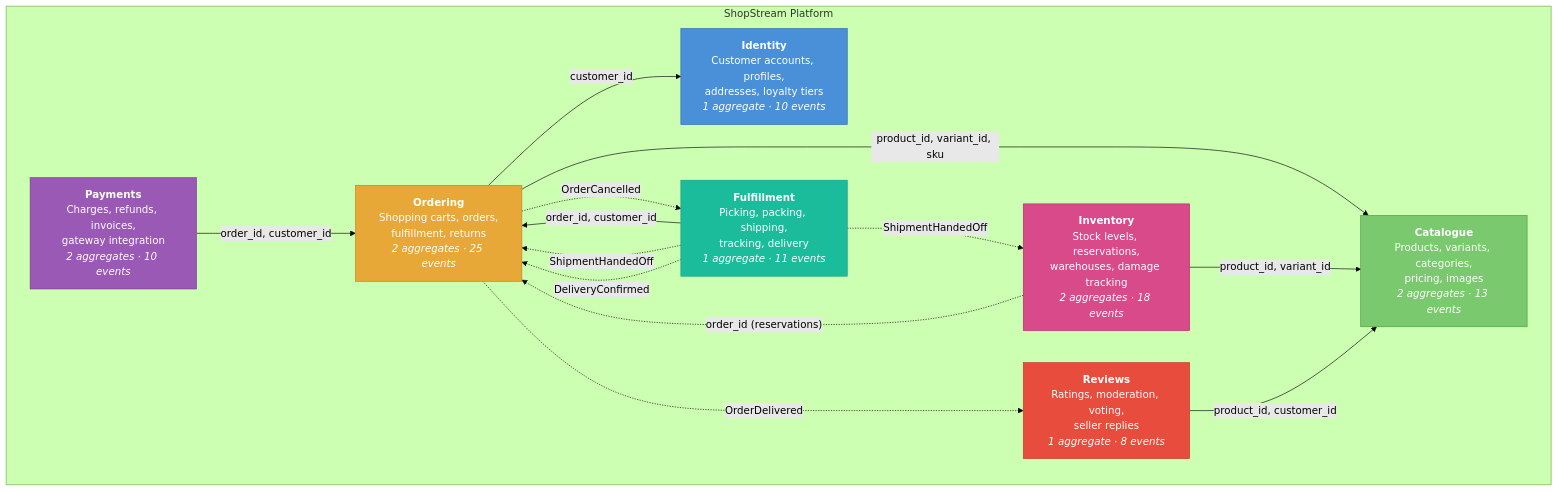
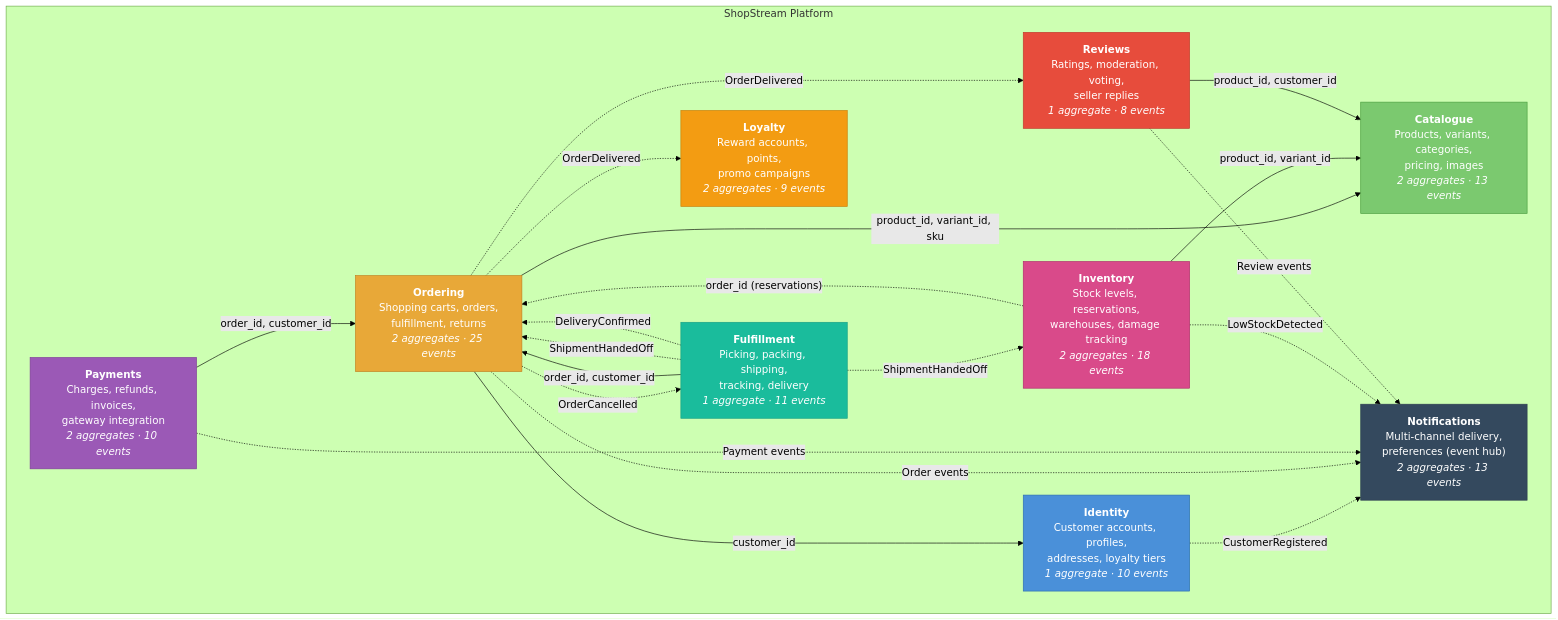
The diagram in docs/context-map.md (proteanhq/shopstream), drawn with Mermaid (forest theme) before and after one commit. The commit also changed other lines of this file and 13 other files, not shown here.

First line of the commit message:
docs: loyalty domain documentation (full parity) + notifications fold-in (#11)

````diff
--- a/docs/context-map.md
+++ b/docs/context-map.md
@@ -34,33 +40,43 @@
 ```mermaid
 graph TB
     subgraph ShopStream["ShopStream Platform"]
         identity["<b>Identity</b><br/>Customer accounts, profiles,<br/>addresses, loyalty tiers<br/><i>1 aggregate &middot; 10 events</i>"]
         catalogue["<b>Catalogue</b><br/>Products, variants, categories,<br/>pricing, images<br/><i>2 aggregates &middot; 13 events</i>"]
         ordering["<b>Ordering</b><br/>Shopping carts, orders,<br/>fulfillment, returns<br/><i>2 aggregates &middot; 25 events</i>"]
         inventory["<b>Inventory</b><br/>Stock levels, reservations,<br/>warehouses, damage tracking<br/><i>2 aggregates &middot; 18 events</i>"]
         payments["<b>Payments</b><br/>Charges, refunds, invoices,<br/>gateway integration<br/><i>2 aggregates &middot; 10 events</i>"]
         fulfillment_ctx["<b>Fulfillment</b><br/>Picking, packing, shipping,<br/>tracking, delivery<br/><i>1 aggregate &middot; 11 events</i>"]
         reviews_ctx["<b>Reviews</b><br/>Ratings, moderation, voting,<br/>seller replies<br/><i>1 aggregate &middot; 8 events</i>"]
+        notifications_ctx["<b>Notifications</b><br/>Multi-channel delivery,<br/>preferences (event hub)<br/><i>2 aggregates &middot; 13 events</i>"]
+        loyalty_ctx["<b>Loyalty</b><br/>Reward accounts, points,<br/>promo campaigns<br/><i>2 aggregates &middot; 9 events</i>"]
     end
 
     ordering -- "customer_id" --> identity
     ordering -- "product_id, variant_id, sku" --> catalogue
     inventory -- "product_id, variant_id" --> catalogue
     inventory -. "order_id (reservations)" .-> ordering
     payments -- "order_id, customer_id" --> ordering
     fulfillment_ctx -- "order_id, customer_id" --> ordering
     fulfillment_ctx -. "ShipmentHandedOff" .-> ordering
     fulfillment_ctx -. "DeliveryConfirmed" .-> ordering
     fulfillment_ctx -. "ShipmentHandedOff" .-> inventory
     ordering -. "OrderCancelled" .-> fulfillment_ctx
     reviews_ctx -- "product_id, customer_id" --> catalogue
     ordering -. "OrderDelivered" .-> reviews_ctx
+    ordering -. "OrderDelivered" .-> loyalty_ctx
+    identity -. "CustomerRegistered" .-> notifications_ctx
+    ordering -. "Order events" .-> notifications_ctx
+    payments -. "Payment events" .-> notifications_ctx
+    inventory -. "LowStockDetected" .-> notifications_ctx
+    reviews_ctx -. "Review events" .-> notifications_ctx
 
     style identity fill:#4a90d9,color:#fff,stroke:#2a6cb0
     style catalogue fill:#7bc96f,color:#fff,stroke:#4a9e3f
     style ordering fill:#e8a838,color:#fff,stroke:#c08020
     style inventory fill:#d94a8a,color:#fff,stroke:#b02a6c
     style payments fill:#9b59b6,color:#fff,stroke:#7d3c98
     style fulfillment_ctx fill:#1abc9c,color:#fff,stroke:#16a085
     style reviews_ctx fill:#e74c3c,color:#fff,stroke:#c0392b
+    style notifications_ctx fill:#34495e,color:#fff,stroke:#2c3e50
+    style loyalty_ctx fill:#f39c12,color:#fff,stroke:#c87f0a
 ```
````
